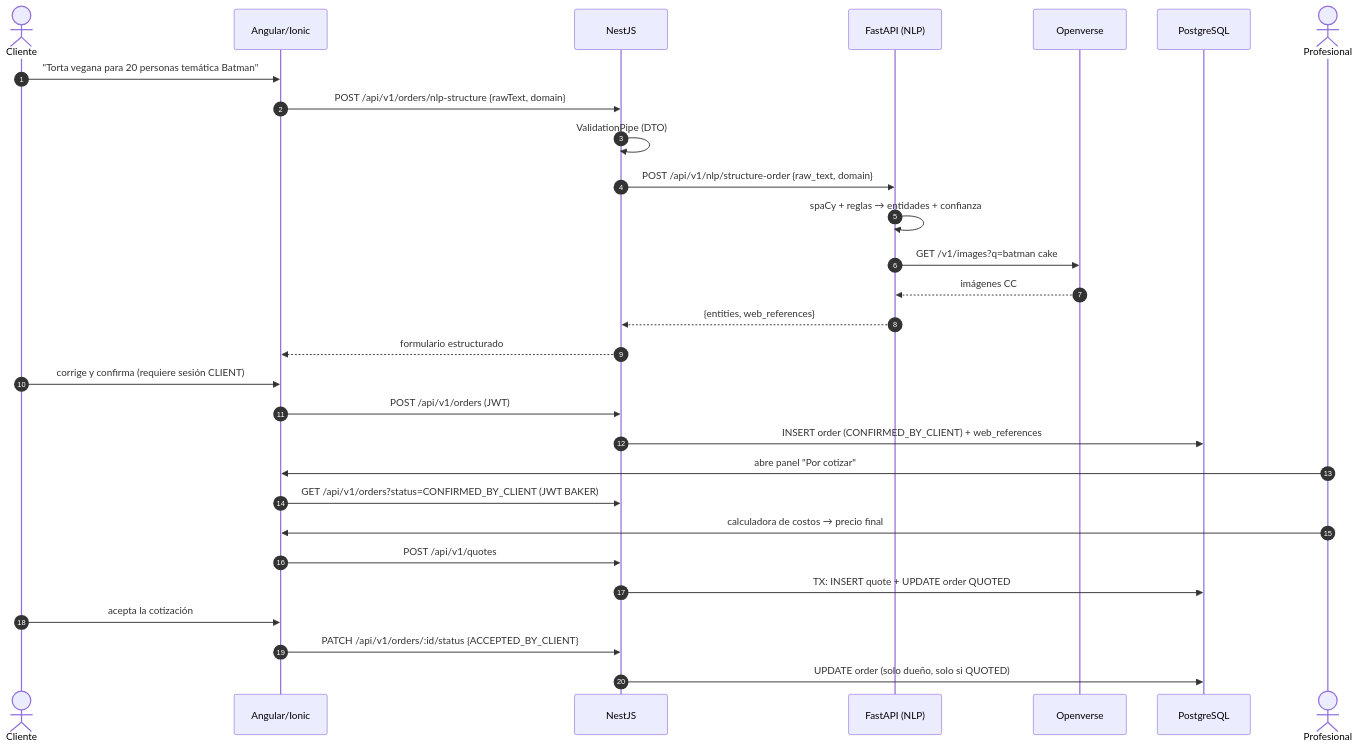
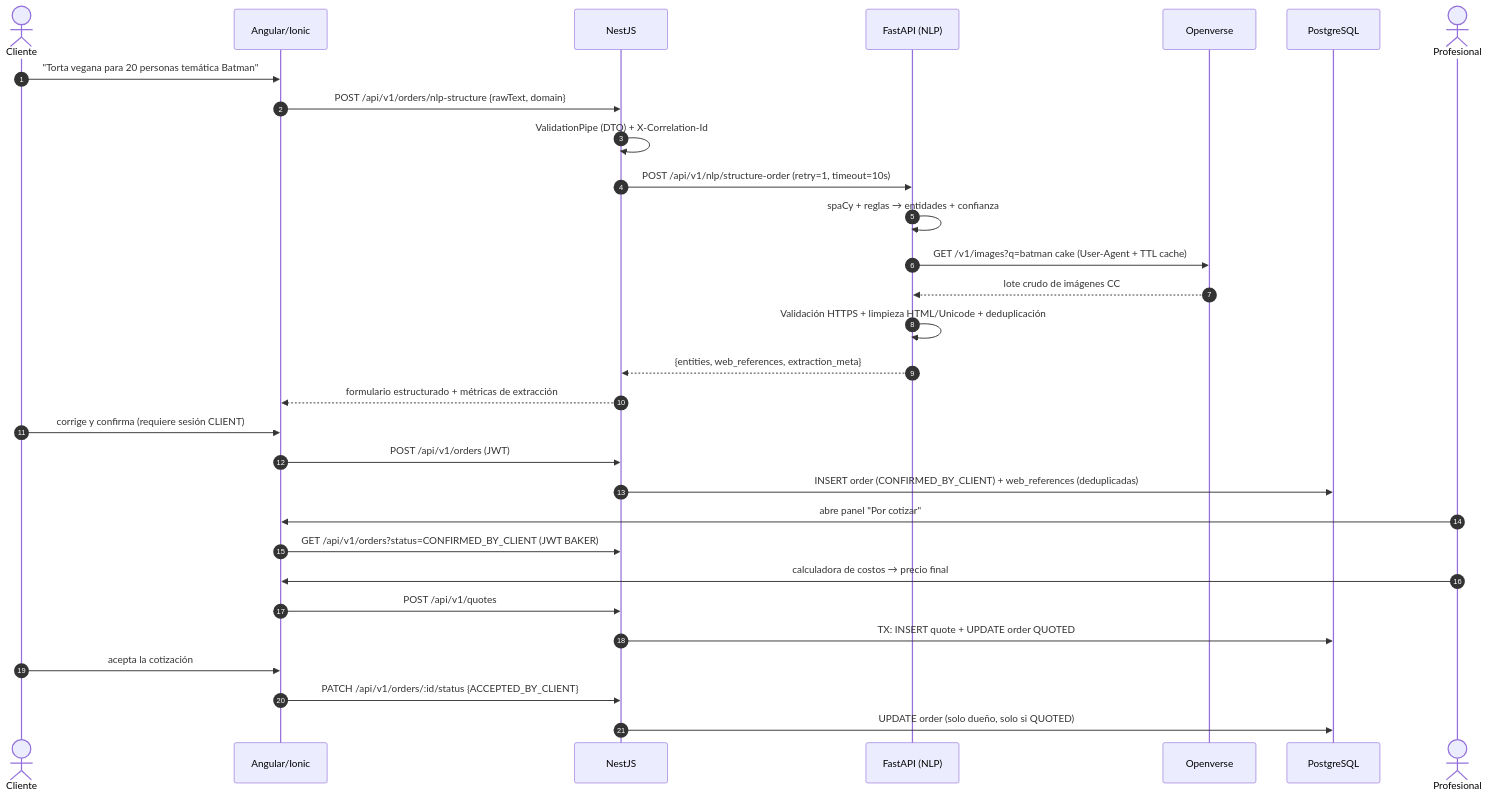
Before and after one commit to inddigo/ProyectoIngWeb: the third of 6 diagrams in docs/arquitectura.md, drawn with Mermaid. The commit also changed other lines of this file and 26 other files, not shown here.

````diff
--- a/docs/arquitectura.md
+++ b/docs/arquitectura.md
@@ -56,32 +56,33 @@
 ```mermaid
 sequenceDiagram
     autonumber
     actor C as Cliente
     participant FE as Angular/Ionic
     participant BE as NestJS
     participant PY as FastAPI (NLP)
     participant OV as Openverse
     participant DB as PostgreSQL
     actor P as Profesional
 
     C->>FE: "Torta vegana para 20 personas temática Batman"
     FE->>BE: POST /api/v1/orders/nlp-structure {rawText, domain}
-    BE->>BE: ValidationPipe (DTO)
-    BE->>PY: POST /api/v1/nlp/structure-order {raw_text, domain}
+    BE->>BE: ValidationPipe (DTO) + X-Correlation-Id
+    BE->>PY: POST /api/v1/nlp/structure-order (retry=1, timeout=10s)
     PY->>PY: spaCy + reglas → entidades + confianza
-    PY->>OV: GET /v1/images?q=batman cake
-    OV-->>PY: imágenes CC
-    PY-->>BE: {entities, web_references}
-    BE-->>FE: formulario estructurado
+    PY->>OV: GET /v1/images?q=batman cake (User-Agent + TTL cache)
+    OV-->>PY: lote crudo de imágenes CC
+    PY->>PY: Validación HTTPS + limpieza HTML/Unicode + deduplicación
+    PY-->>BE: {entities, web_references, extraction_meta}
+    BE-->>FE: formulario estructurado + métricas de extracción
     C->>FE: corrige y confirma (requiere sesión CLIENT)
     FE->>BE: POST /api/v1/orders (JWT)
-    BE->>DB: INSERT order (CONFIRMED_BY_CLIENT) + web_references
+    BE->>DB: INSERT order (CONFIRMED_BY_CLIENT) + web_references (deduplicadas)
     P->>FE: abre panel "Por cotizar"
     FE->>BE: GET /api/v1/orders?status=CONFIRMED_BY_CLIENT (JWT BAKER)
     P->>FE: calculadora de costos → precio final
     FE->>BE: POST /api/v1/quotes
     BE->>DB: TX: INSERT quote + UPDATE order QUOTED
     C->>FE: acepta la cotización
     FE->>BE: PATCH /api/v1/orders/:id/status {ACCEPTED_BY_CLIENT}
     BE->>DB: UPDATE order (solo dueño, solo si QUOTED)
 ```
````
